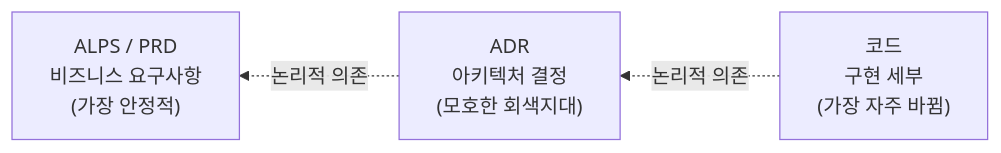
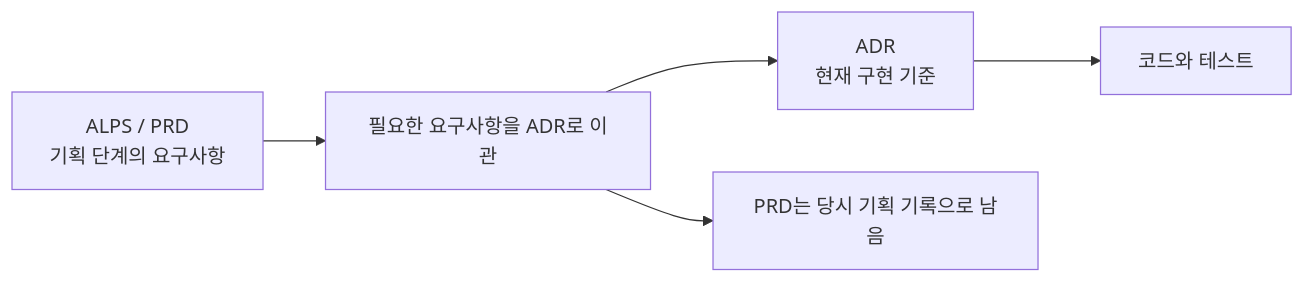
The third of 9 diagrams in _posts/2026-06-16-harness-engineering-in-practice.md (haandol/haandol.github.com), drawn with Mermaid before and after one commit. The commit also changed other lines of this file and 36 other files, not shown here.

````diff
--- a/_posts/2026-06-16-harness-engineering-in-practice.md
+++ b/_posts/2026-06-16-harness-engineering-in-practice.md
@@ -127,8 +127,7 @@
 ```mermaid
-flowchart RL
-    PRD["ALPS / PRD<br/>비즈니스 요구사항<br/>(가장 안정적)"]
-    ADR["ADR<br/>아키텍처 결정<br/>(모호한 회색지대)"]
-    CODE["코드<br/>구현 세부<br/>(가장 자주 바뀜)"]
-    CODE -. 논리적 의존 .-> ADR
-    ADR -. 논리적 의존 .-> PRD
+flowchart LR
+    PRD["ALPS / PRD<br/>기획 단계의 요구사항"] --> H["필요한 요구사항을 ADR로 이관"]
+    H --> ADR["ADR<br/>현재 구현 기준"]
+    ADR --> CODE["코드와 테스트"]
+    H --> OLD["PRD는 당시 기획 기록으로 남음"]
 ```
````
